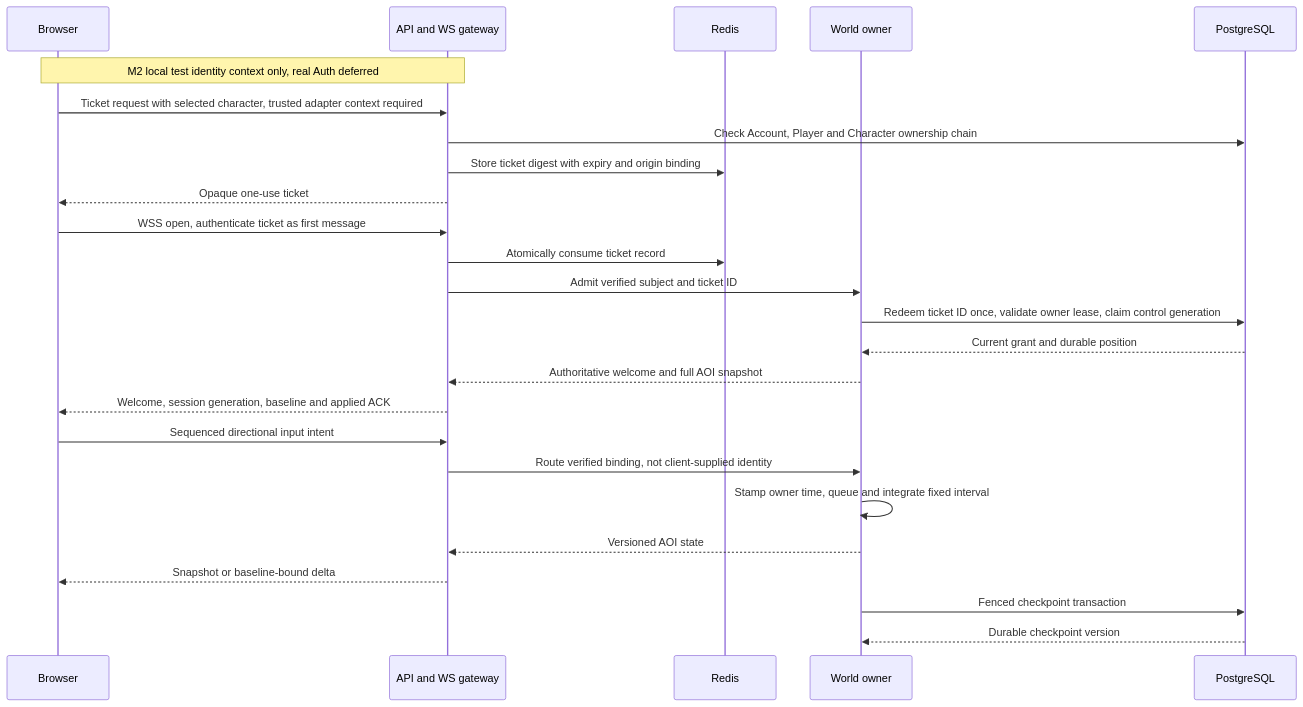
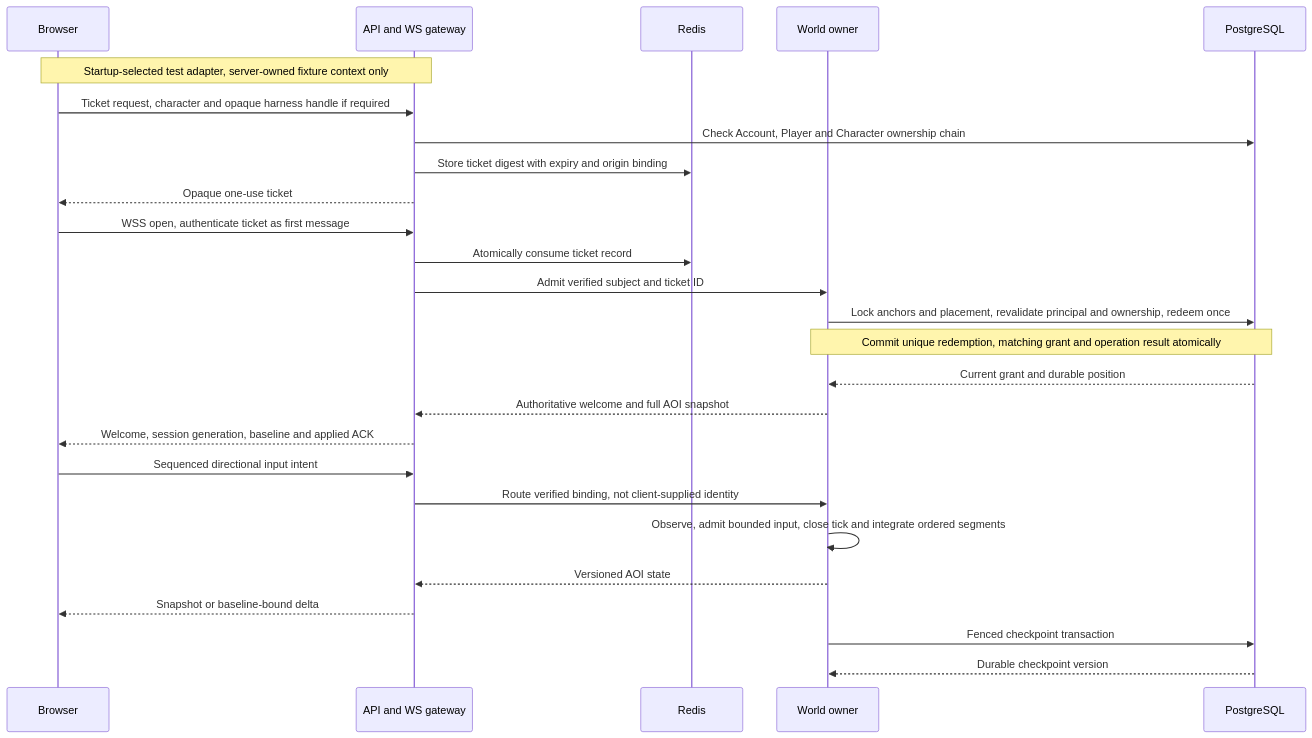
The second of 4 diagrams in docs/M2_ARCHITECTURE.md (atus5/MMORPG), drawn with Mermaid before and after one commit. The commit also changed other lines of this file and 2 other files, not shown here.

Commit message:
docs(m2): align R1 architecture plan and acceptance criteria

````diff
--- a/docs/M2_ARCHITECTURE.md
+++ b/docs/M2_ARCHITECTURE.md
@@ -120,27 +130,28 @@
 ```mermaid
 sequenceDiagram
   participant C as Browser
   participant G as API and WS gateway
   participant R as Redis
   participant W as World owner
   participant P as PostgreSQL
-  Note over C,G: M2 local test identity context only, real Auth deferred
-  C->>G: Ticket request with selected character, trusted adapter context required
+  Note over C,G: Startup-selected test adapter, server-owned fixture context only
+  C->>G: Ticket request, character and opaque harness handle if required
   G->>P: Check Account, Player and Character ownership chain
   G->>R: Store ticket digest with expiry and origin binding
   G-->>C: Opaque one-use ticket
   C->>G: WSS open, authenticate ticket as first message
   G->>R: Atomically consume ticket record
   G->>W: Admit verified subject and ticket ID
-  W->>P: Redeem ticket ID once, validate owner lease, claim control generation
+  W->>P: Lock anchors and placement, revalidate principal and ownership, redeem once
+  Note over W,P: Commit unique redemption, matching grant and operation result atomically
   P-->>W: Current grant and durable position
   W-->>G: Authoritative welcome and full AOI snapshot
   G-->>C: Welcome, session generation, baseline and applied ACK
   C->>G: Sequenced directional input intent
   G->>W: Route verified binding, not client-supplied identity
-  W->>W: Stamp owner time, queue and integrate fixed interval
+  W->>W: Observe, admit bounded input, close tick and integrate ordered segments
   W-->>G: Versioned AOI state
   G-->>C: Snapshot or baseline-bound delta
   W->>P: Fenced checkpoint transaction
   P-->>W: Durable checkpoint version
 ```
````
